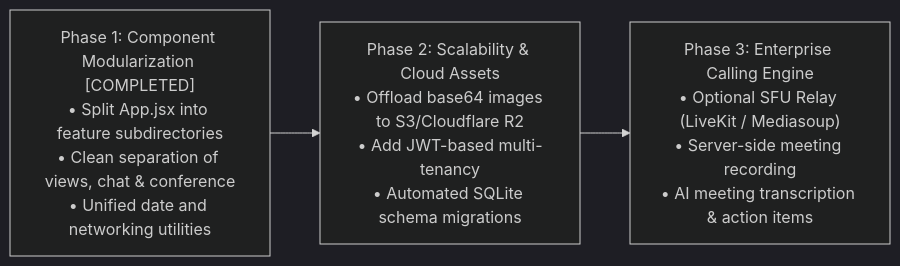
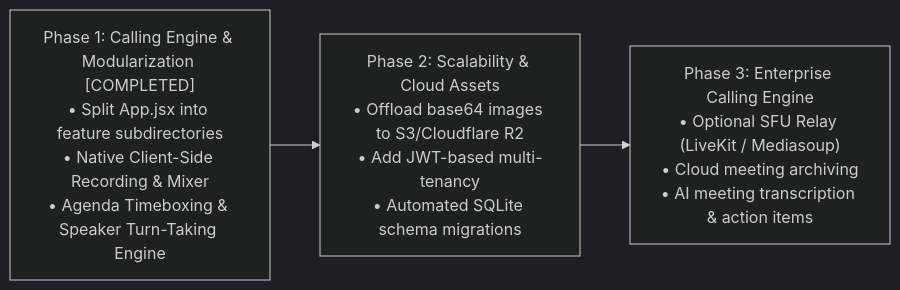
Diagram 13 of 13 in PROJECT_DOCUMENTATION.md (itssagarK/meetManager), drawn with Mermaid (dark theme) before and after one commit. The commit also changed other lines of this file and 10 other files, not shown here.

Commit message:
Meeting Agenda Timer & Speaker Turn-Taking Manager

````diff
--- a/PROJECT_DOCUMENTATION.md
+++ b/PROJECT_DOCUMENTATION.md
@@ -1108,5 +1167,5 @@
 ```mermaid
 flowchart LR
-    Phase1["Phase 1: Component Modularization [COMPLETED]\n• Split App.jsx into feature subdirectories\n• Clean separation of views, chat & conference\n• Unified date and networking utilities"] --> Phase2["Phase 2: Scalability & Cloud Assets\n• Offload base64 images to S3/Cloudflare R2\n• Add JWT-based multi-tenancy\n• Automated SQLite schema migrations"]
-    Phase2 --> Phase3["Phase 3: Enterprise Calling Engine\n• Optional SFU Relay (LiveKit / Mediasoup)\n• Server-side meeting recording\n• AI meeting transcription & action items"]
+    Phase1["Phase 1: Calling Engine & Modularization [COMPLETED]\n• Split App.jsx into feature subdirectories\n• Native Client-Side Recording & Mixer\n• Agenda Timeboxing & Speaker Turn-Taking Engine"] --> Phase2["Phase 2: Scalability & Cloud Assets\n• Offload base64 images to S3/Cloudflare R2\n• Add JWT-based multi-tenancy\n• Automated SQLite schema migrations"]
+    Phase2 --> Phase3["Phase 3: Enterprise Calling Engine\n• Optional SFU Relay (LiveKit / Mediasoup)\n• Cloud meeting archiving\n• AI meeting transcription & action items"]
 ```
````
